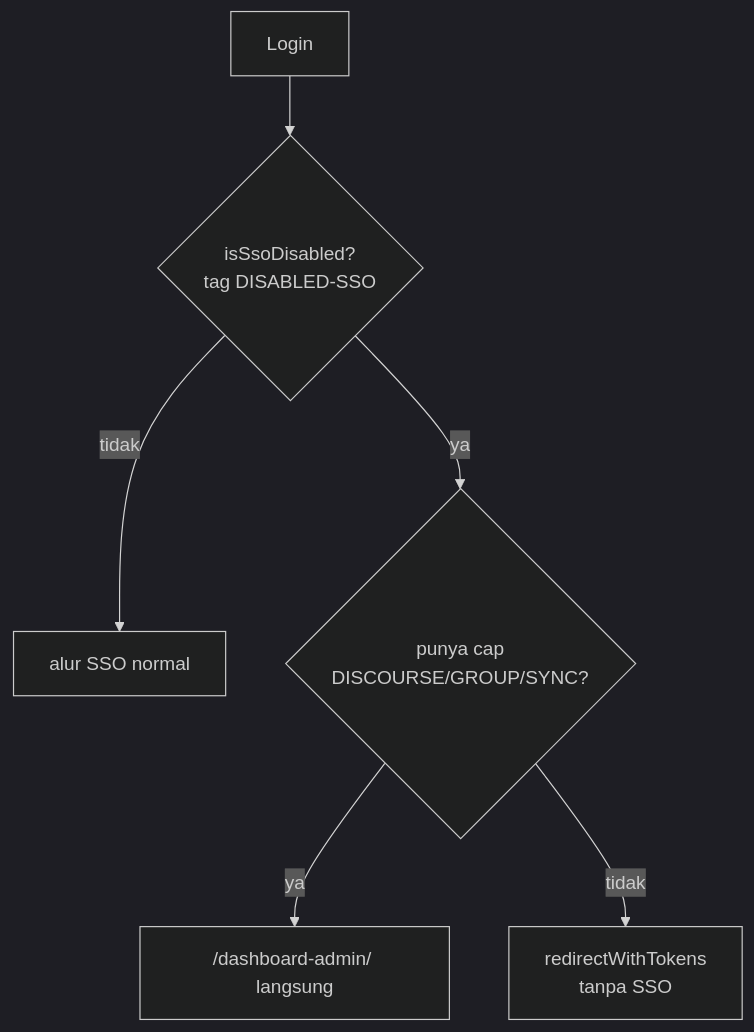
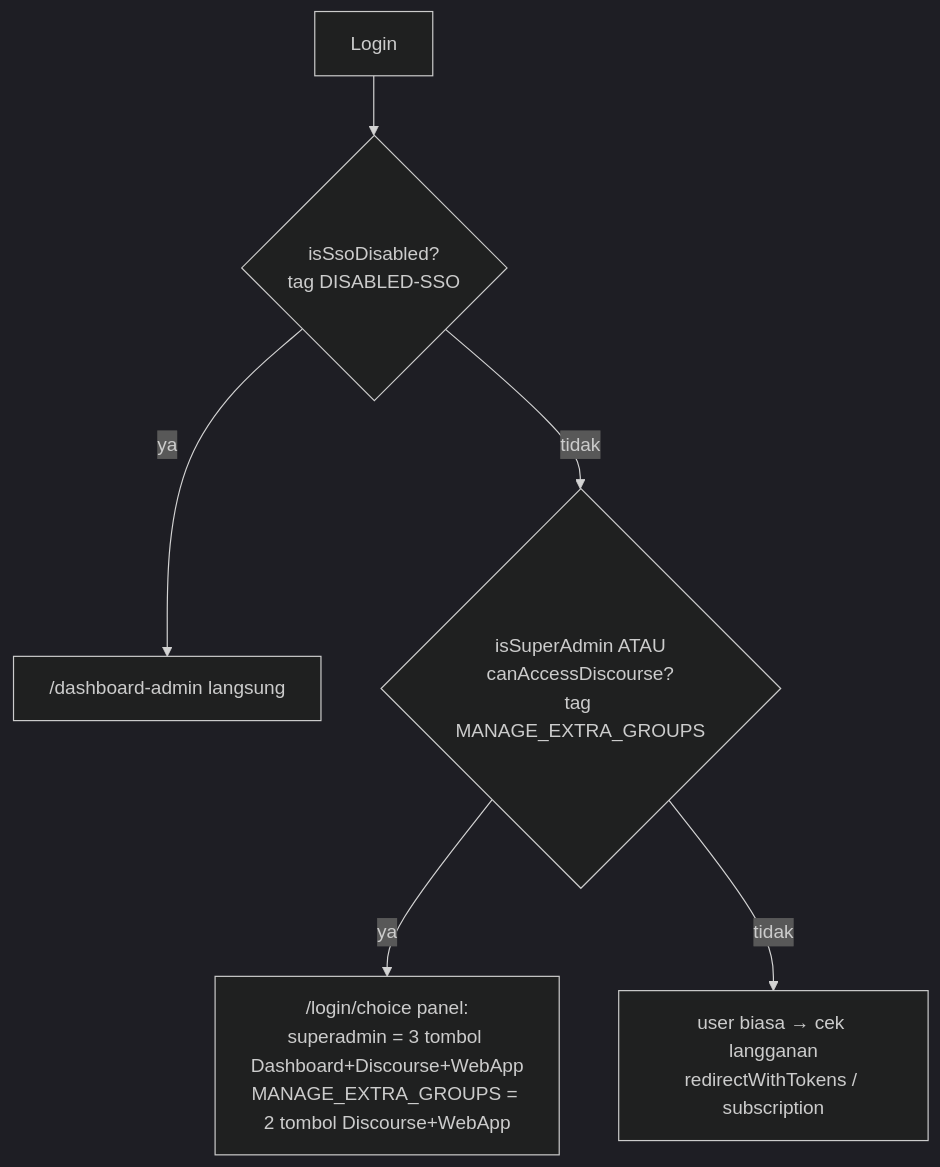
Diagram 12 of 14 in docs/USER_STATE_FLOW.md (Digital-Gasing-Edukasi/Gasing-Sarang-Login-Dashboard), drawn with Mermaid (dark theme) before and after one commit. The commit also changed other lines of this file and 7 other files, not shown here.

Commit message:
feat : - update flow state di login : -> yang bisa login discourse hanya yang punya capability USER/DISCOURSE/MANAGE_EXTRA_GROUPS -> yang bisa login dashboar hanya yang punya capability "USER/DISCOURSE/DISABLED-SSO" -> super admin bisa login ke tiga nya.

````diff
--- a/docs/USER_STATE_FLOW.md
+++ b/docs/USER_STATE_FLOW.md
@@ -244,8 +244,8 @@
 ```mermaid
 flowchart TD
   A[Login] --> B{isSsoDisabled?<br/>tag DISABLED-SSO}
-  B -- tidak --> C[alur SSO normal]
-  B -- ya --> D{"punya cap<br/>DISCOURSE/GROUP/SYNC?"}
-  D -- ya --> E["/dashboard-admin/ langsung"]
-  D -- tidak --> F[redirectWithTokens<br/>tanpa SSO]
+  B -- ya --> E["/dashboard-admin langsung"]
+  B -- tidak --> D{isSuperAdmin ATAU<br/>canAccessDiscourse?<br/>tag MANAGE_EXTRA_GROUPS}
+  D -- ya --> F["/login/choice panel:<br/>superadmin = 3 tombol Dashboard+Discourse+WebApp<br/>MANAGE_EXTRA_GROUPS = 2 tombol Discourse+WebApp"]
+  D -- tidak --> G[user biasa → cek langganan<br/>redirectWithTokens / subscription]
 ```
````
